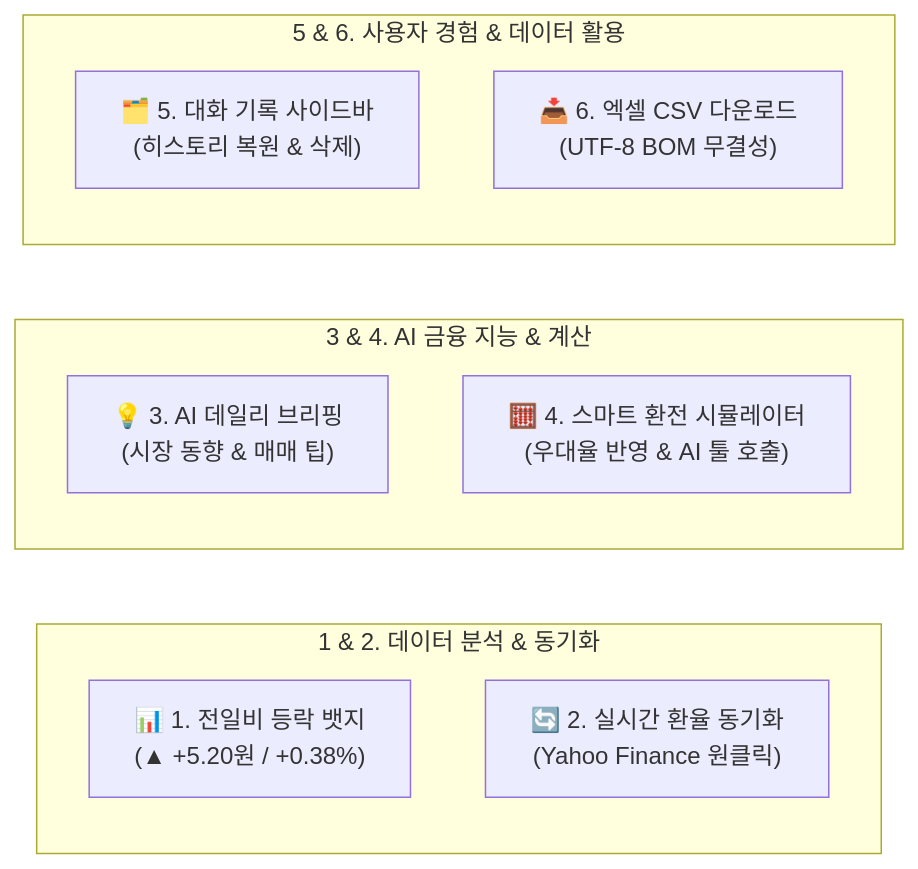
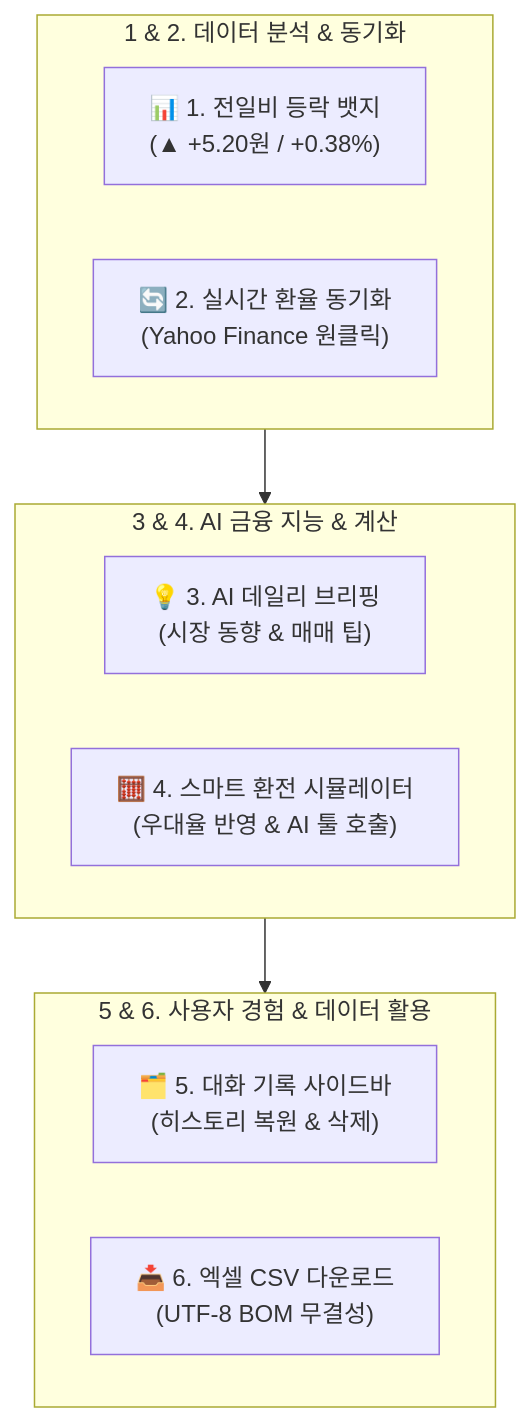
The first of 3 diagrams in README.md (mustiolla/ai_agent_fx), drawn with Mermaid before and after one commit. The commit also changed other lines of this file and 3 other files, not shown here.

Commit message:
feat: 보너스 과제 완료 - 6선 다이어그램 순서 정돈, MCP 서버 연동, 심층 통계 API, 다크 모드 및 JSON 내보내기 구현

````diff
--- a/README.md
+++ b/README.md
@@ -30,17 +33,19 @@
 ```mermaid
-flowchart LR
+flowchart TD
     subgraph G1 ["1 & 2. 데이터 분석 & 동기화"]
         F1["📊 1. 전일비 등락 뱃지<br>(▲ +5.20원 / +0.38%)"]
         F2["🔄 2. 실시간 환율 동기화<br>(Yahoo Finance 원클릭)"]
     end
 
     subgraph G2 ["3 & 4. AI 금융 지능 & 계산"]
         F3["💡 3. AI 데일리 브리핑<br>(시장 동향 & 매매 팁)"]
         F4["🧮 4. 스마트 환전 시뮬레이터<br>(우대율 반영 & AI 툴 호출)"]
     end
 
     subgraph G3 ["5 & 6. 사용자 경험 & 데이터 활용"]
         F5["🗂️ 5. 대화 기록 사이드바<br>(히스토리 복원 & 삭제)"]
         F6["📥 6. 엑셀 CSV 다운로드<br>(UTF-8 BOM 무결성)"]
     end
+
+    G1 --> G2 --> G3
 ```
````
